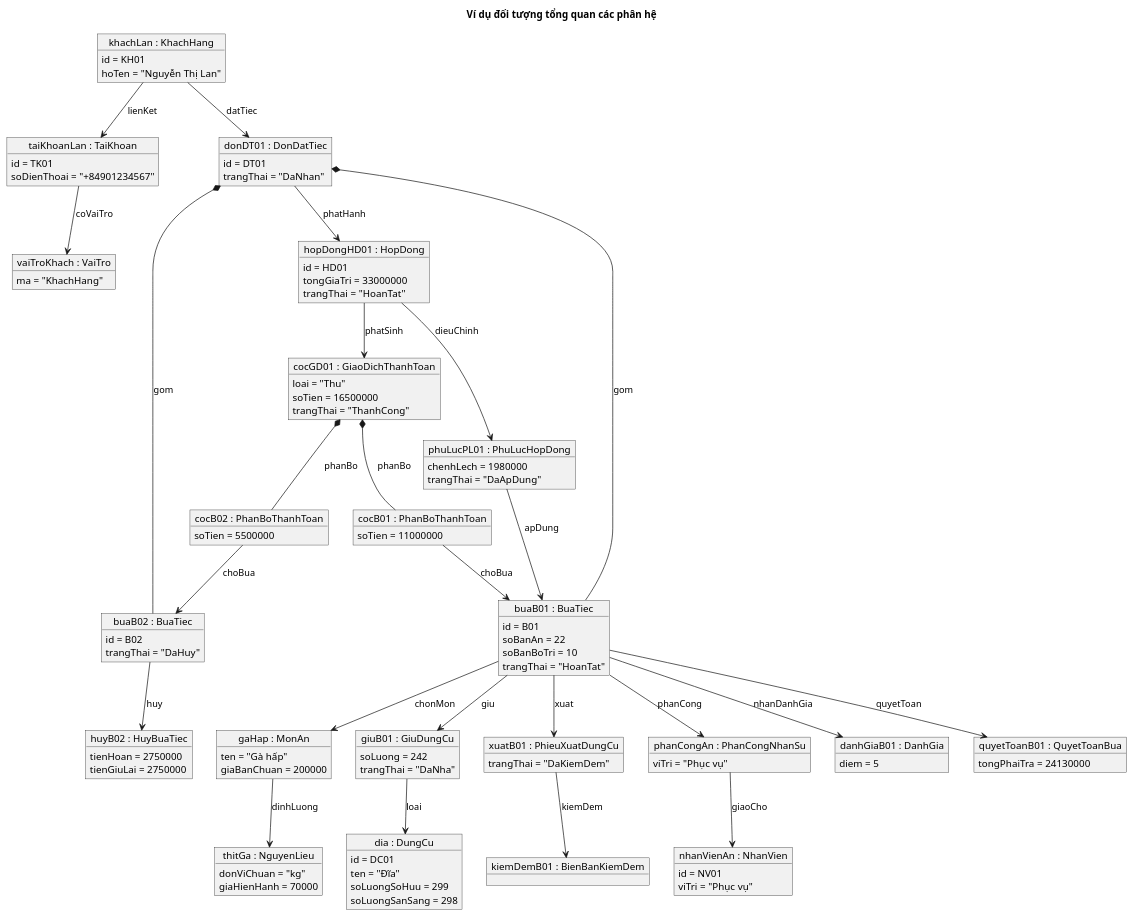
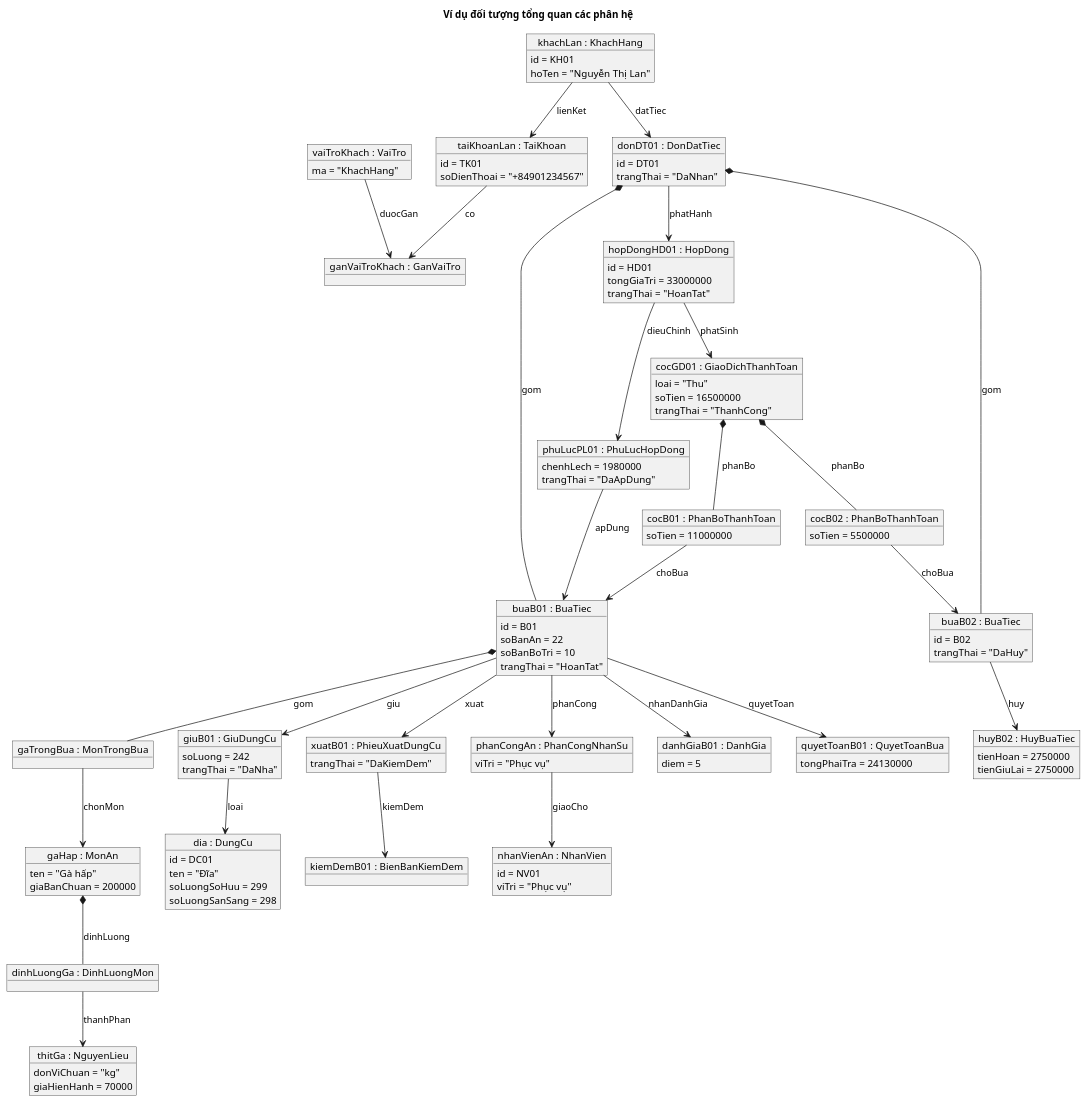
The second of 10 diagrams in docs/src/mo-hinh/mo-hinh-lop-class.md (mastercookvn/mastercookvn), drawn with PlantUML before and after one commit. The commit also changed other lines of this file and 23 other files, not shown here.

```diff
--- a/docs/src/mo-hinh/mo-hinh-lop-class.md
+++ b/docs/src/mo-hinh/mo-hinh-lop-class.md
@@ -759,6 +787,7 @@
 object "vaiTroKhach : VaiTro" as vaiTro {
   ma = "KhachHang"
 }
+object "ganVaiTroKhach : GanVaiTro" as ganVaiTro
 object "nhanVienAn : NhanVien" as nhanVien {
   id = NV01
   viTri = "Phục vụ"
@@ -812,6 +841,8 @@
   donViChuan = "kg"
   giaHienHanh = 70000
 }
+object "gaTrongBua : MonTrongBua" as monTrongBua
+object "dinhLuongGa : DinhLuongMon" as dinhLuong
 object "dia : DungCu" as dungCu {
   id = DC01
   ten = "Đĩa"
@@ -833,7 +864,8 @@
   diem = 5
 }
 khach --> taiKhoan : lienKet
-taiKhoan --> vaiTro : coVaiTro
+taiKhoan --> ganVaiTro : co
+vaiTro --> ganVaiTro : duocGan
 khach --> don : datTiec
 don *-- bua1 : gom
 don *-- bua2 : gom
@@ -847,8 +879,10 @@
 phanBo2 --> bua2 : choBua
 bua1 --> quyetToan : quyetToan
 bua2 --> huy : huy
-bua1 --> mon : chonMon
-mon --> nguyenLieu : dinhLuong
+bua1 *-- monTrongBua : gom
+monTrongBua --> mon : chonMon
+mon *-- dinhLuong : dinhLuong
+dinhLuong --> nguyenLieu : thanhPhan
 bua1 --> giu : giu
 giu --> dungCu : loai
 bua1 --> xuat : xuat
```
